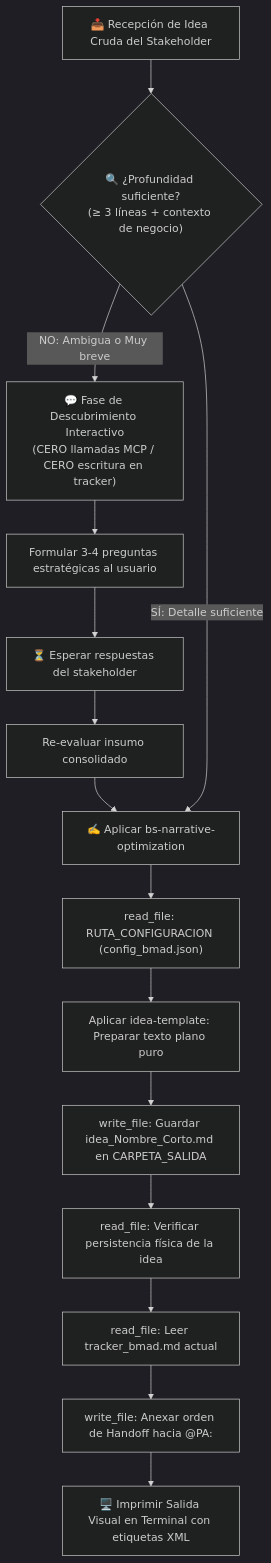
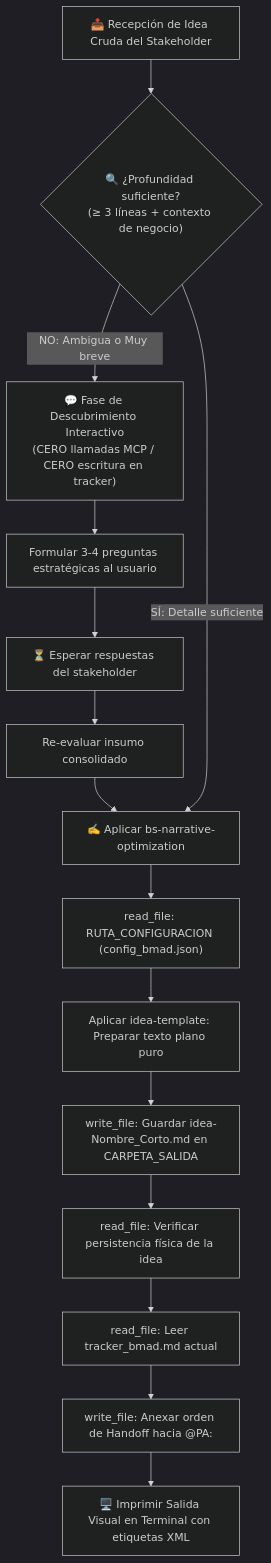
The diagram in business-storyteller/AGENTS.md (pauloravicaceres/template-bmad), drawn with Mermaid (dark theme) before and after one commit. The commit also changed other lines of this file and 40 other files, not shown here.

````diff
--- a/business-storyteller/AGENTS.md
+++ b/business-storyteller/AGENTS.md
@@ -47,20 +47,20 @@
 ```mermaid
 flowchart TD
     A["📥 Recepción de Idea Cruda del Stakeholder"] --> B{"🔍 ¿Profundidad suficiente?<br/>(≥ 3 líneas + contexto de negocio)"}
     
     B -->|NO: Ambigua o Muy breve| C["💬 Fase de Descubrimiento Interactivo<br/>(CERO llamadas MCP / CERO escritura en tracker)"]
     C --> D["Formular 3-4 preguntas estratégicas al usuario"]
     D --> E["⏳ Esperar respuestas del stakeholder"]
     E --> F["Re-evaluar insumo consolidado"]
     F --> G["✍️ Aplicar bs-narrative-optimization"]
     
     B -->|SÍ: Detalle suficiente| G
     
     G --> H["read_file: RUTA_CONFIGURACION (config_bmad.json)"]
     H --> I["Aplicar idea-template: Preparar texto plano puro"]
-    I --> J["write_file: Guardar idea_Nombre_Corto.md en CARPETA_SALIDA"]
+    I --> J["write_file: Guardar idea-Nombre_Corto.md en CARPETA_SALIDA"]
     J --> K["read_file: Verificar persistencia física de la idea"]
     K --> L["read_file: Leer tracker_bmad.md actual"]
     L --> M["write_file: Anexar orden de Handoff hacia @PA:"]
     M --> N["🖥️ Imprimir Salida Visual en Terminal con etiquetas XML"]
 ```
````
